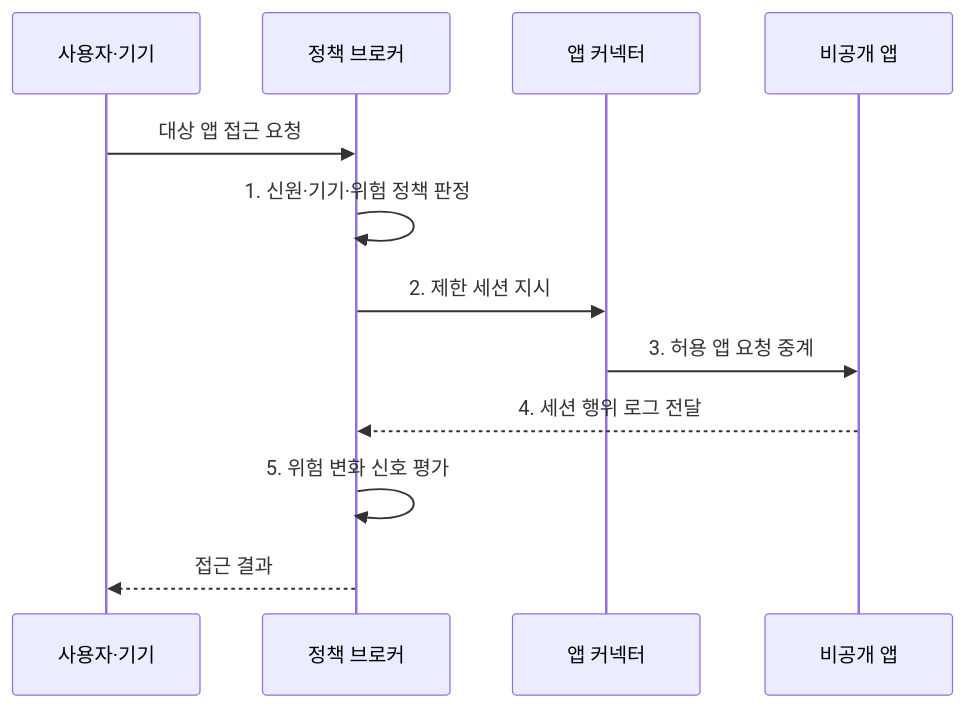
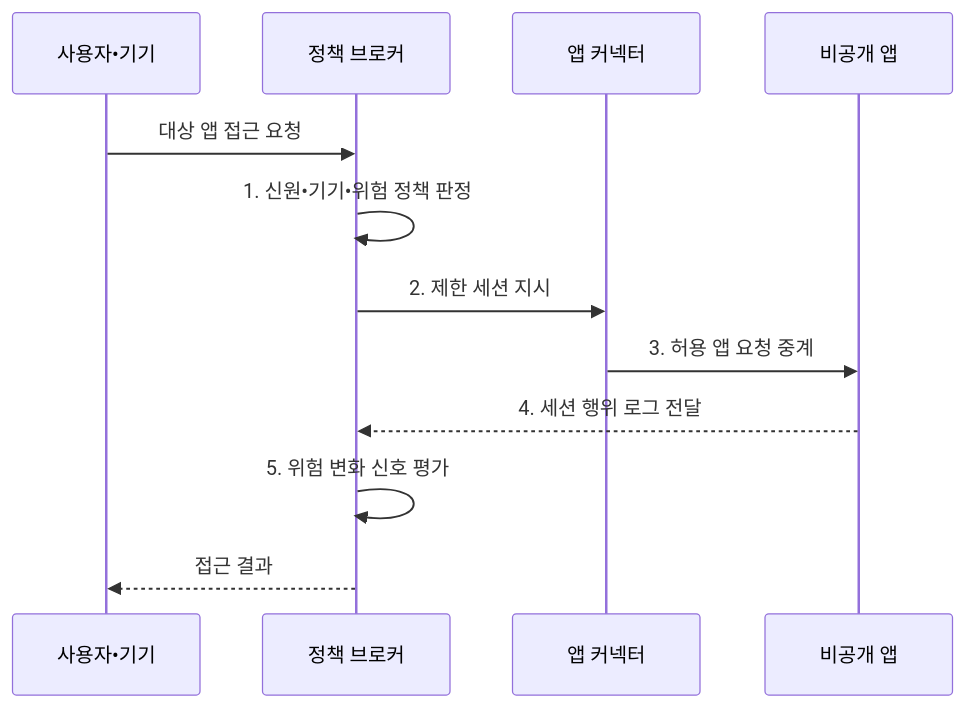
Before and after one commit to agnusdei1207/knowledge-base: the second of 2 diagrams in src/content/docs/notes/05-security/064_ztna.md, drawn with Mermaid. The commit also changed other lines of this file and 953 other files, not shown here.

````diff
--- a/src/content/docs/notes/05-security/064_ztna.md
+++ b/src/content/docs/notes/05-security/064_ztna.md
@@ -98,14 +98,14 @@
 ```mermaid
 sequenceDiagram
-    participant U as 사용자·기기
+    participant U as 사용자•기기
     participant B as 정책 브로커
     participant C as 앱 커넥터
     participant A as 비공개 앱
     U->>B: 대상 앱 접근 요청
-    B->>B: 1. 신원·기기·위험 정책 판정
+    B->>B: 1. 신원•기기•위험 정책 판정
     B->>C: 2. 제한 세션 지시
     C->>A: 3. 허용 앱 요청 중계
     A-->>B: 4. 세션 행위 로그 전달
     B->>B: 5. 위험 변화 신호 평가
     B-->>U: 접근 결과
 ```
````
